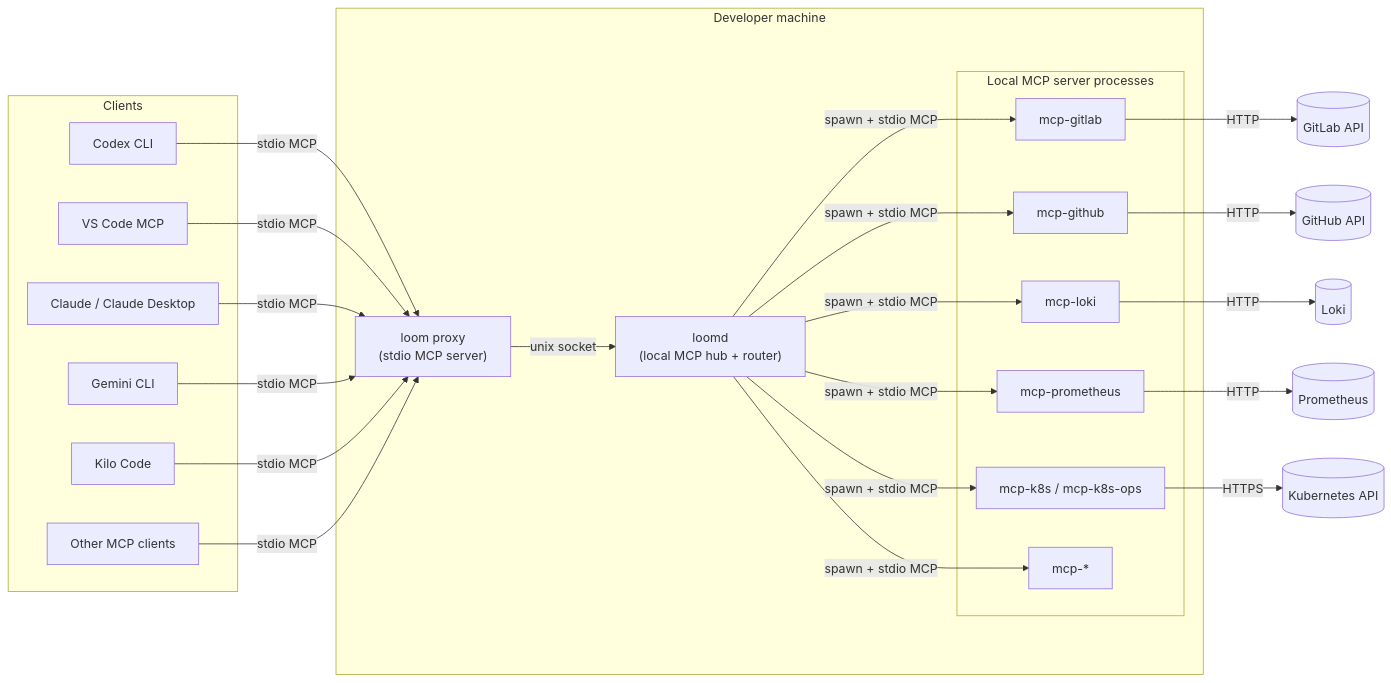
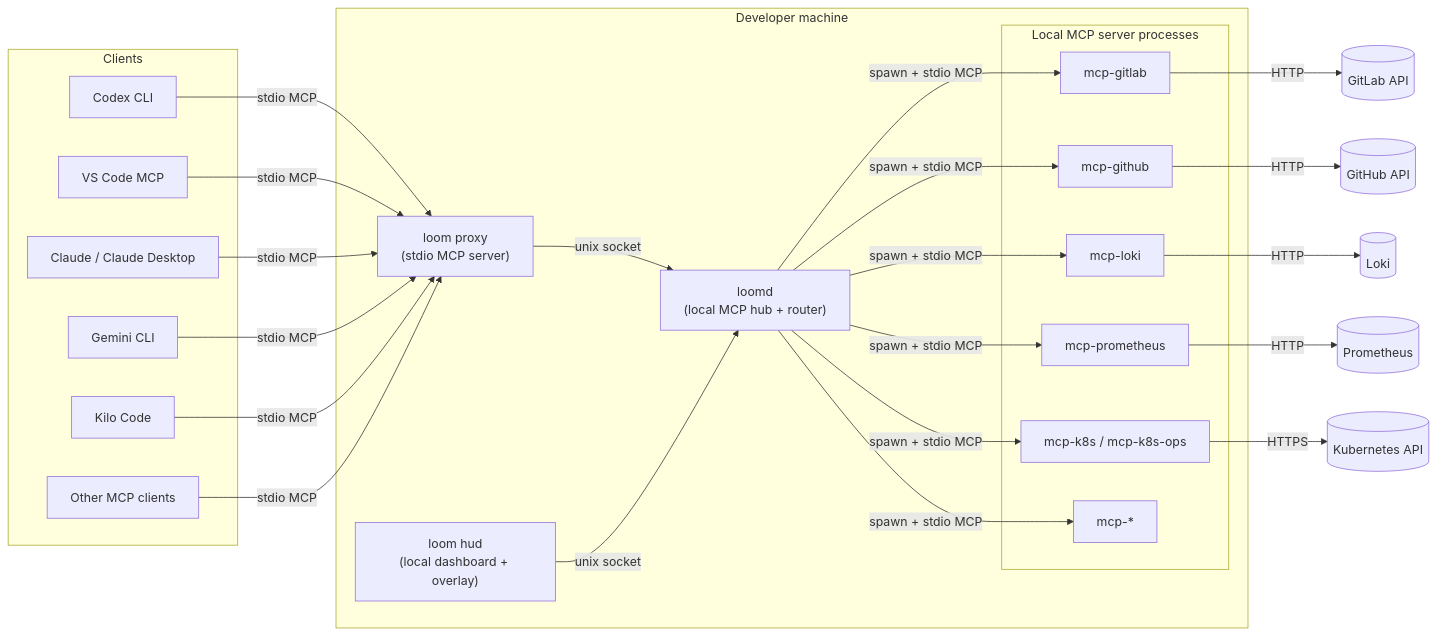
Before and after one commit to flexinfer/flexinfer: the first of 4 diagrams in docs/ARCHITECTURE.md, drawn with Mermaid. The commit also changed other lines of this file and 30 other files, not shown here.

````diff
--- a/docs/ARCHITECTURE.md
+++ b/docs/ARCHITECTURE.md
@@ -10,47 +10,49 @@
 ```mermaid
 flowchart LR
   subgraph Clients
     Codex[Codex CLI]
     VSCode[VS Code MCP]
     Claude[Claude / Claude Desktop]
     Gemini[Gemini CLI]
     Kilo[Kilo Code]
     Other[Other MCP clients]
   end
 
   subgraph LocalMachine[Developer machine]
     LoomProxy["loom proxy<br/>(stdio MCP server)"]
     Loomd["loomd<br/>(local MCP hub + router)"]
+    HUD["loom hud<br/>(local dashboard + overlay)"]
 
     subgraph LocalServers[Local MCP server processes]
       GitLab["mcp-gitlab"]
       GitHub["mcp-github"]
       Loki["mcp-loki"]
       Prom["mcp-prometheus"]
       K8s["mcp-k8s / mcp-k8s-ops"]
       OtherMCP["mcp-*"]
     end
   end
 
   Codex -->|stdio MCP| LoomProxy
   VSCode -->|stdio MCP| LoomProxy
   Claude -->|stdio MCP| LoomProxy
   Gemini -->|stdio MCP| LoomProxy
   Kilo -->|stdio MCP| LoomProxy
   Other -->|stdio MCP| LoomProxy
 
   LoomProxy -->|unix socket| Loomd
+  HUD -->|unix socket| Loomd
 
   Loomd -->|spawn + stdio MCP| GitLab
   Loomd -->|spawn + stdio MCP| GitHub
   Loomd -->|spawn + stdio MCP| Loki
   Loomd -->|spawn + stdio MCP| Prom
   Loomd -->|spawn + stdio MCP| K8s
   Loomd -->|spawn + stdio MCP| OtherMCP
 
   GitLab -->|HTTP| GitLabAPI[(GitLab API)]
   GitHub -->|HTTP| GitHubAPI[(GitHub API)]
   Loki -->|HTTP| LokiAPI[(Loki)]
   Prom -->|HTTP| PromAPI[(Prometheus)]
   K8s -->|HTTPS| K8sAPI[(Kubernetes API)]
 ```
````
